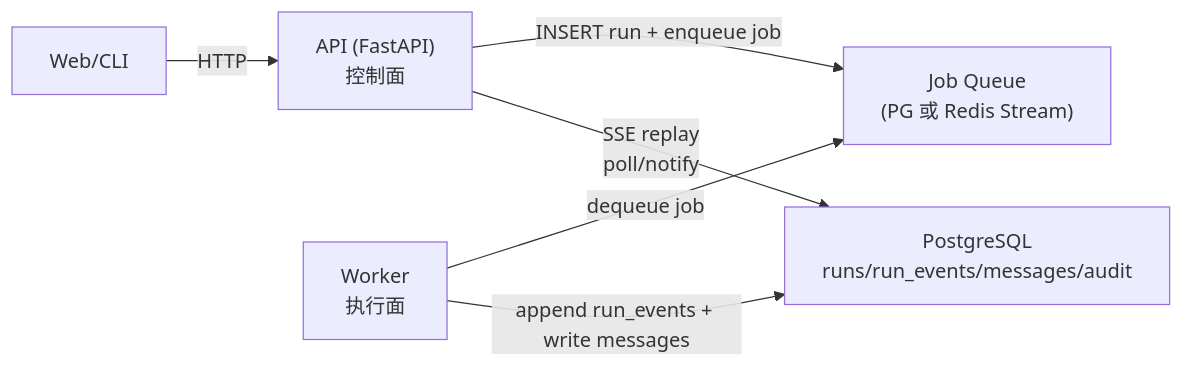
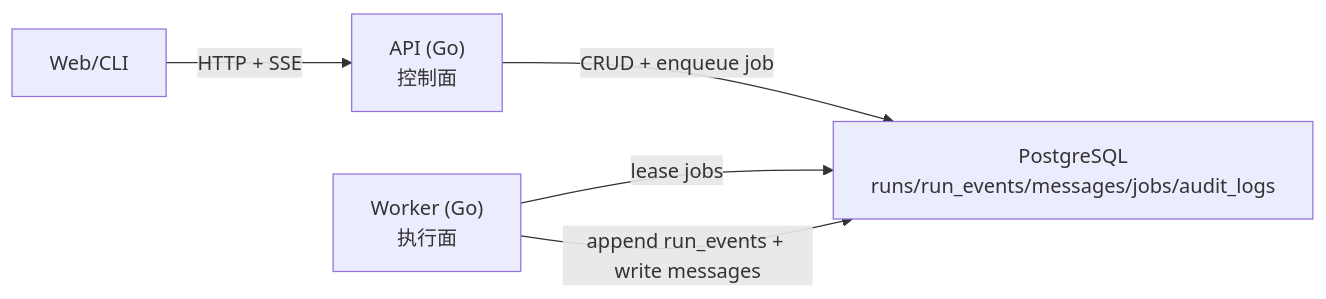
One commit to jzefan/Arkloop changed the diagram in src/docs/specs/run-execution-architecture.zh-CN.md. Above: the diagram before and after it, drawn with Mermaid. The commit also changed other lines of this file and 119 other files, not shown here.

````diff
--- a/src/docs/specs/run-execution-architecture.zh-CN.md
+++ b/src/docs/specs/run-execution-architecture.zh-CN.md
@@ -117,8 +14,7 @@
 ```mermaid
 flowchart LR
-  C["Web/CLI"] -->|"HTTP"| API["API (FastAPI)\n控制面"]
-  API -->|"INSERT run + enqueue job"| Q["Job Queue\n(PG 或 Redis Stream)"]
-  W["Worker\n执行面"] -->|"dequeue job"| Q
-  W -->|"append run_events + write messages"| DB["PostgreSQL\nruns/run_events/messages/audit"]
-  API -->|"SSE replay\npoll/notify"| DB
+  C["Web/CLI"] -->|"HTTP + SSE"| API["API (Go)\n控制面"]
+  API -->|"CRUD + enqueue job"| DB["PostgreSQL\nruns/run_events/messages/jobs/audit_logs"]
+  W["Worker (Go)\n执行面"] -->|"lease jobs"| DB
+  W -->|"append run_events + write messages"| DB
 ```
````
